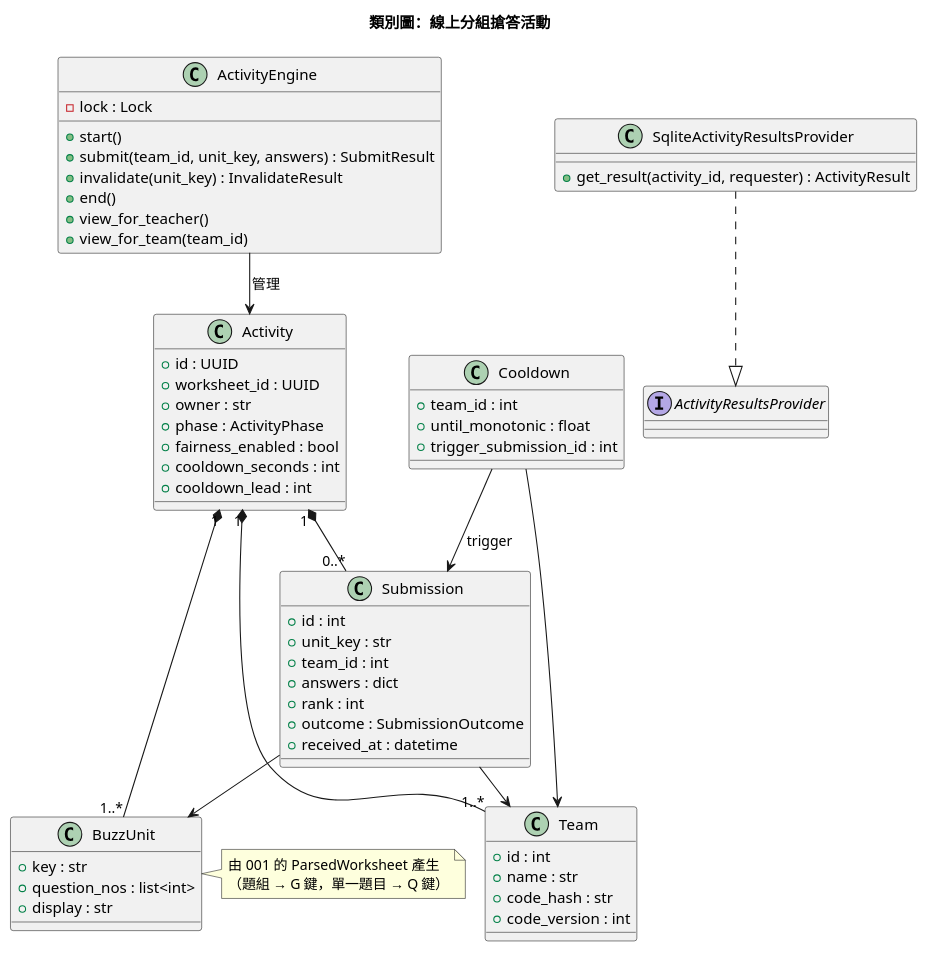
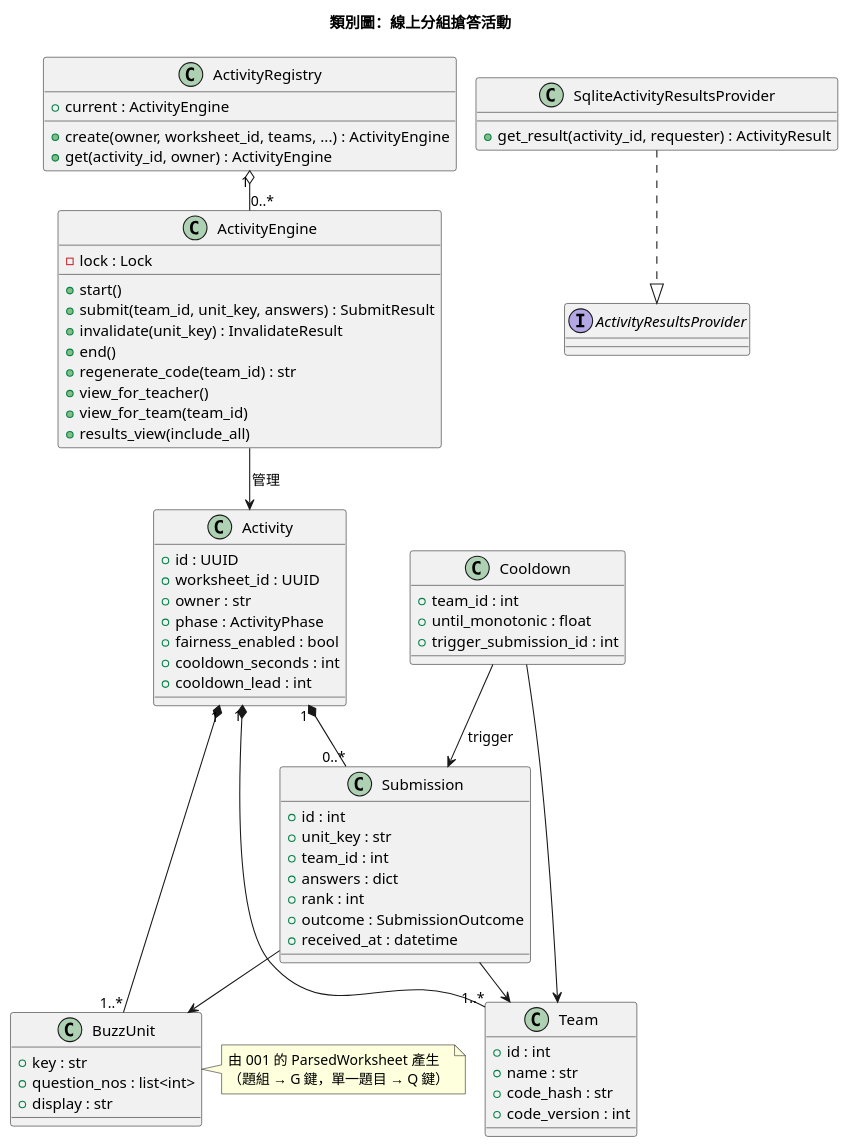
The diagram in diagrams/002-online-buzz-activity/08-class.puml (silverwind63/SEFinal), drawn with PlantUML before and after one commit. The commit also changed 52 other files, not shown here.

```diff
--- a/diagrams/002-online-buzz-activity/08-class.puml
+++ b/diagrams/002-online-buzz-activity/08-class.puml
@@ -1,64 +1,72 @@
 @startuml
 !pragma layout smetana
 title 類別圖：線上分組搶答活動
 class Activity {
   +id : UUID
   +worksheet_id : UUID
   +owner : str
   +phase : ActivityPhase
   +fairness_enabled : bool
   +cooldown_seconds : int
   +cooldown_lead : int
 }
 class Team {
   +id : int
   +name : str
   +code_hash : str
   +code_version : int
 }
 class BuzzUnit {
   +key : str
   +question_nos : list<int>
   +display : str
 }
 class Submission {
   +id : int
   +unit_key : str
   +team_id : int
   +answers : dict
   +rank : int
   +outcome : SubmissionOutcome
   +received_at : datetime
 }
 class Cooldown {
   +team_id : int
   +until_monotonic : float
   +trigger_submission_id : int
 }
 class ActivityEngine {
   -lock : Lock
   +start()
   +submit(team_id, unit_key, answers) : SubmitResult
   +invalidate(unit_key) : InvalidateResult
   +end()
+  +regenerate_code(team_id) : str
   +view_for_teacher()
   +view_for_team(team_id)
+  +results_view(include_all)
+}
+class ActivityRegistry {
+  +create(owner, worksheet_id, teams, ...) : ActivityEngine
+  +get(activity_id, owner) : ActivityEngine
+  +current : ActivityEngine
 }
 interface ActivityResultsProvider
 class SqliteActivityResultsProvider {
   +get_result(activity_id, requester) : ActivityResult
 }
 Activity "1" *-- "1..*" Team
 Activity "1" *-- "1..*" BuzzUnit
 Activity "1" *-- "0..*" Submission
 Submission --> Team
 Submission --> BuzzUnit
 Cooldown --> Team
 Cooldown --> Submission : trigger
 ActivityEngine --> Activity : 管理
+ActivityRegistry "1" o-- "0..*" ActivityEngine
 SqliteActivityResultsProvider ..|> ActivityResultsProvider
 note right of BuzzUnit
   由 001 的 ParsedWorksheet 產生
   （題組 → G 鍵，單一題目 → Q 鍵）
 end note
 @enduml
```
